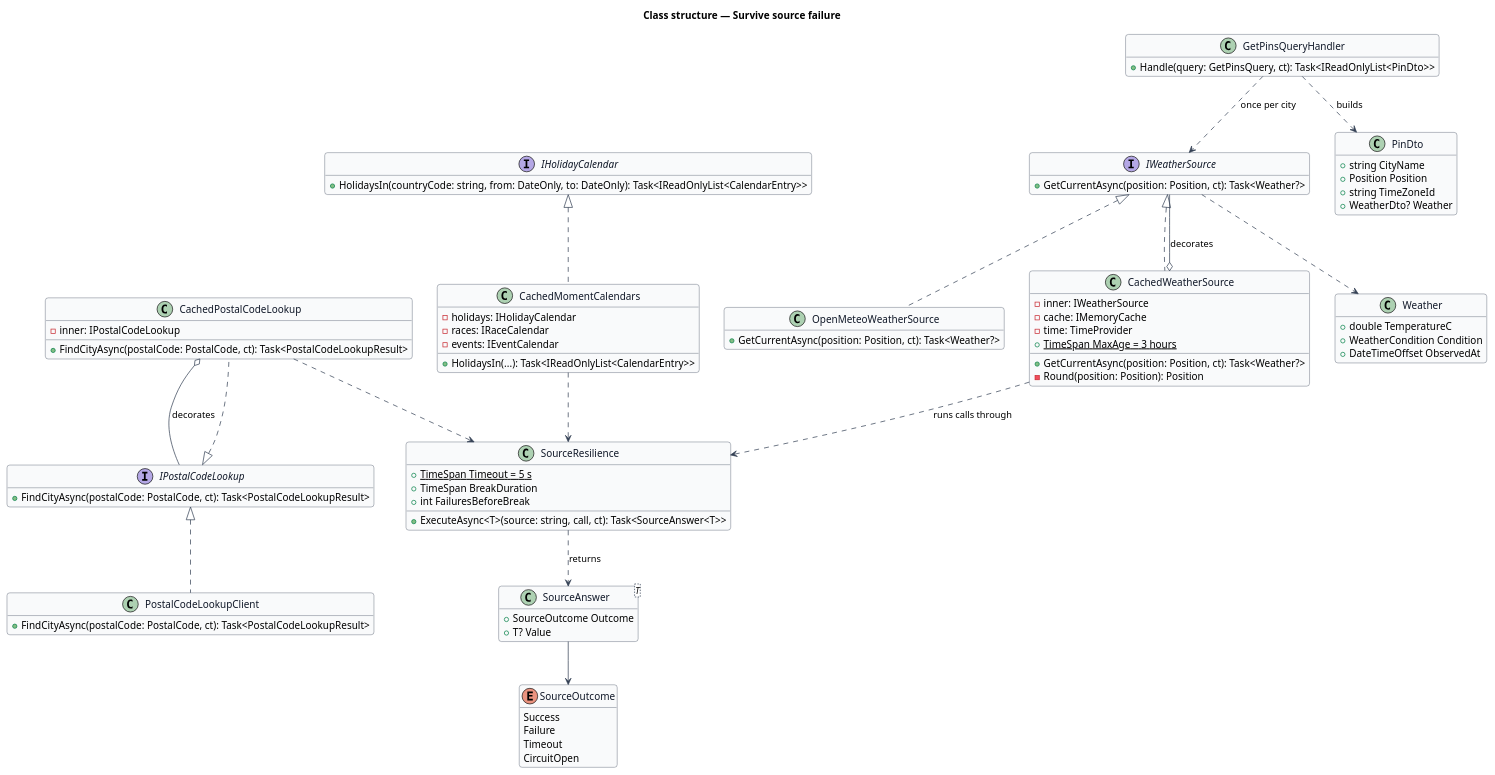
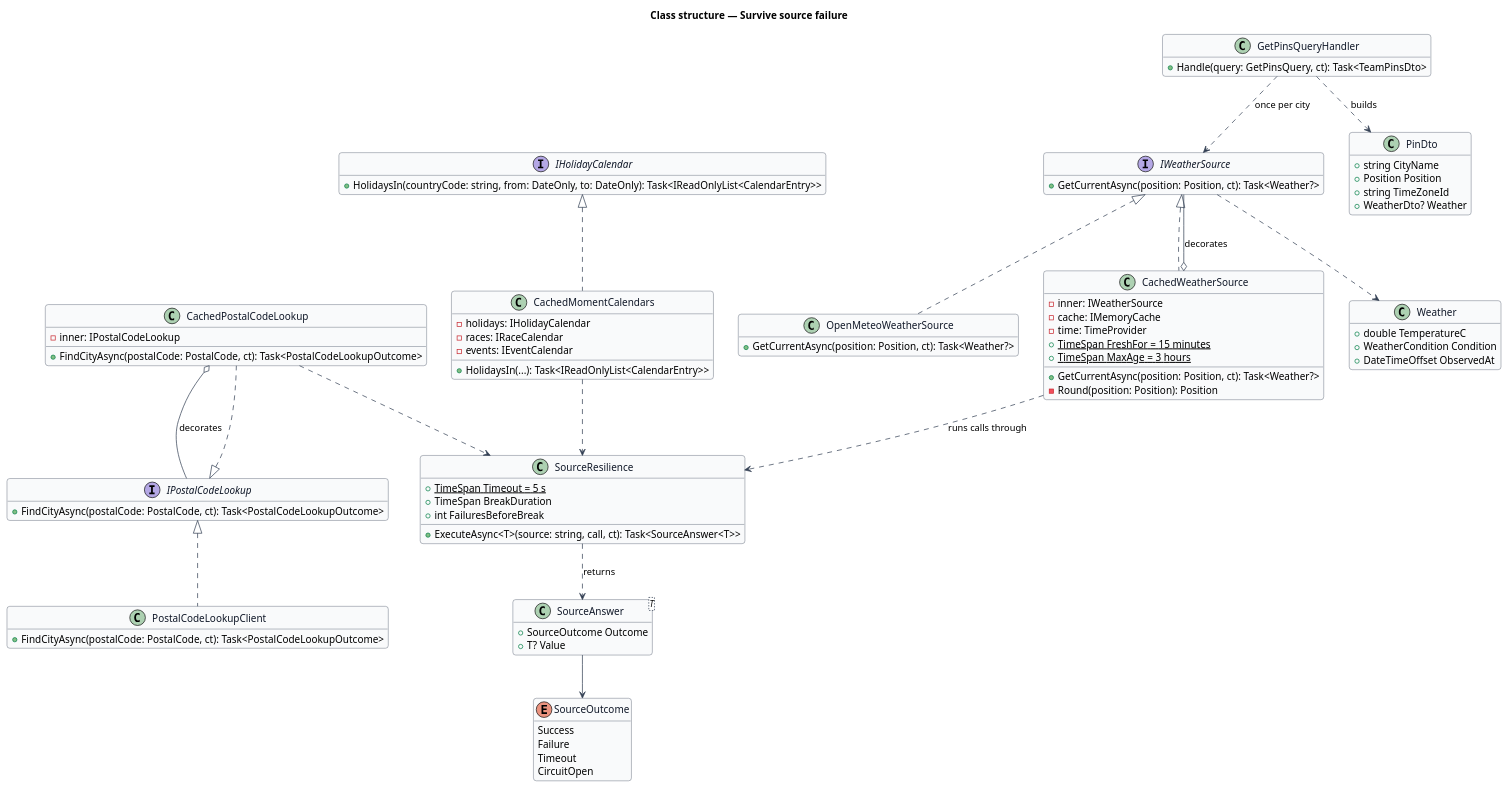
The diagram in docs/detailed-designs/platform/survive-source-failure/diagrams/class-structure.puml (QuinntyneBrown/Mondino), drawn with PlantUML before and after one commit. The commit also changed 23 other files, not shown here.

```diff
--- a/docs/detailed-designs/platform/survive-source-failure/diagrams/class-structure.puml
+++ b/docs/detailed-designs/platform/survive-source-failure/diagrams/class-structure.puml
@@ -1,107 +1,108 @@
 @startuml
 skinparam backgroundColor #FFFFFF
 skinparam shadowing false
 skinparam roundcorner 8
 skinparam defaultFontName Arial
 skinparam ArrowColor #344054
 skinparam class {
   BorderColor #344054
   FontColor #101828
   BackgroundColor #F9FAFB
 }
 hide empty members
 title Class structure — Survive source failure
 
 interface IWeatherSource {
   +GetCurrentAsync(position: Position, ct): Task<Weather?>
 }
 
 interface IPostalCodeLookup {
-  +FindCityAsync(postalCode: PostalCode, ct): Task<PostalCodeLookupResult>
+  +FindCityAsync(postalCode: PostalCode, ct): Task<PostalCodeLookupOutcome>
 }
 
 interface IHolidayCalendar {
   +HolidaysIn(countryCode: string, from: DateOnly, to: DateOnly): Task<IReadOnlyList<CalendarEntry>>
 }
 
 class OpenMeteoWeatherSource {
   +GetCurrentAsync(position: Position, ct): Task<Weather?>
 }
 
 class CachedWeatherSource {
   -inner: IWeatherSource
   -cache: IMemoryCache
   -time: TimeProvider
+  +{static} TimeSpan FreshFor = 15 minutes
   +{static} TimeSpan MaxAge = 3 hours
   +GetCurrentAsync(position: Position, ct): Task<Weather?>
   -Round(position: Position): Position
 }
 
 class PostalCodeLookupClient {
-  +FindCityAsync(postalCode: PostalCode, ct): Task<PostalCodeLookupResult>
+  +FindCityAsync(postalCode: PostalCode, ct): Task<PostalCodeLookupOutcome>
 }
 
 class CachedPostalCodeLookup {
   -inner: IPostalCodeLookup
-  +FindCityAsync(postalCode: PostalCode, ct): Task<PostalCodeLookupResult>
+  +FindCityAsync(postalCode: PostalCode, ct): Task<PostalCodeLookupOutcome>
 }
 
 class CachedMomentCalendars {
   -holidays: IHolidayCalendar
   -races: IRaceCalendar
   -events: IEventCalendar
   +HolidaysIn(...): Task<IReadOnlyList<CalendarEntry>>
 }
 
 class SourceResilience {
   +{static} TimeSpan Timeout = 5 s
   +TimeSpan BreakDuration
   +int FailuresBeforeBreak
   +ExecuteAsync<T>(source: string, call, ct): Task<SourceAnswer<T>>
 }
 
 enum SourceOutcome {
   Success
   Failure
   Timeout
   CircuitOpen
 }
 
 class "SourceAnswer<T>" as SourceAnswer {
   +SourceOutcome Outcome
   +T? Value
 }
 
 class GetPinsQueryHandler {
-  +Handle(query: GetPinsQuery, ct): Task<IReadOnlyList<PinDto>>
+  +Handle(query: GetPinsQuery, ct): Task<TeamPinsDto>
 }
 
 class PinDto {
   +string CityName
   +Position Position
   +string TimeZoneId
   +WeatherDto? Weather
 }
 
 class Weather {
   +double TemperatureC
   +WeatherCondition Condition
   +DateTimeOffset ObservedAt
 }
 
 IWeatherSource <|.. OpenMeteoWeatherSource
 IWeatherSource <|.. CachedWeatherSource
 CachedWeatherSource o-- IWeatherSource : decorates
 IPostalCodeLookup <|.. PostalCodeLookupClient
 IPostalCodeLookup <|.. CachedPostalCodeLookup
 CachedPostalCodeLookup o-- IPostalCodeLookup : decorates
 IHolidayCalendar <|.. CachedMomentCalendars
 CachedWeatherSource ..> SourceResilience : runs calls through
 CachedPostalCodeLookup ..> SourceResilience
 CachedMomentCalendars ..> SourceResilience
 SourceResilience ..> SourceAnswer : returns
 SourceAnswer --> SourceOutcome
 GetPinsQueryHandler ..> IWeatherSource : once per city
 GetPinsQueryHandler ..> PinDto : builds
 IWeatherSource ..> Weather
 @enduml
```
